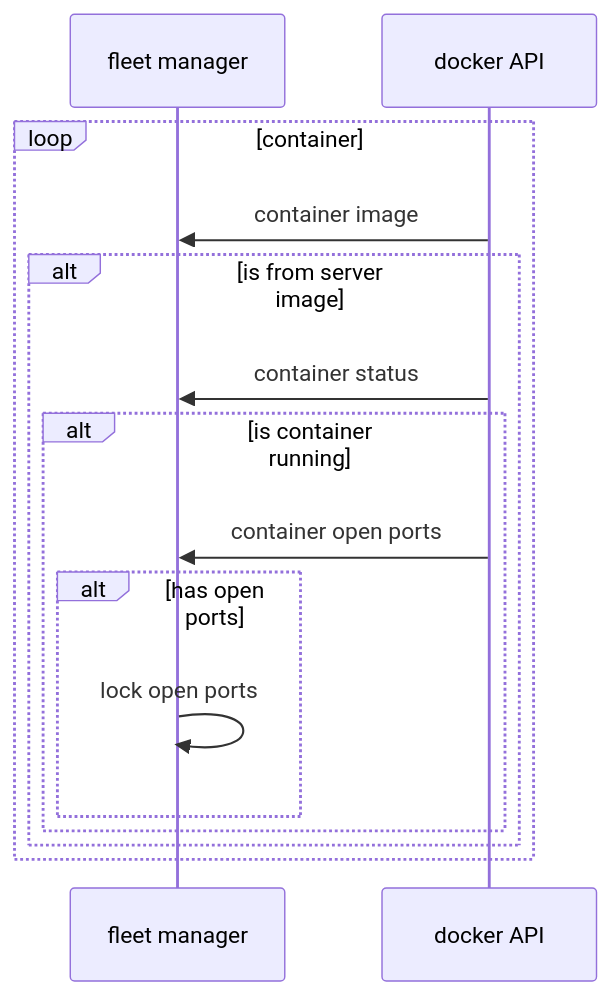
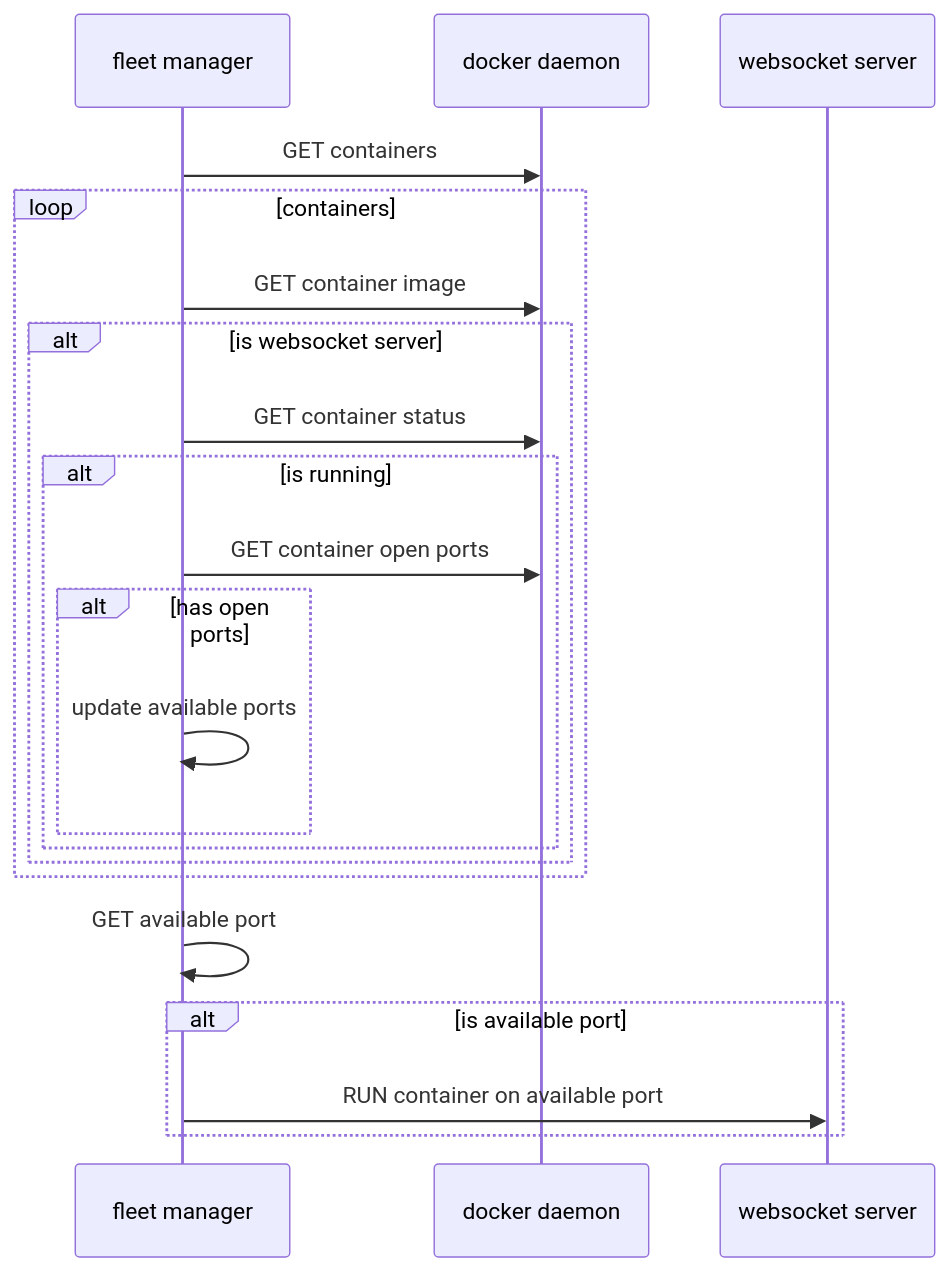
One commit to AdrKacz/super-duper-guacamole changed the seventh of 7 diagrams in README.md. Above: the diagram before and after it, drawn with Mermaid. The commit also changed other lines of this file, not shown here.

````diff
--- a/README.md
+++ b/README.md
@@ -181,17 +175,24 @@
 ```mermaid
 sequenceDiagram
-    participant FM as fleet manager
-    participant D as docker API
-    loop container
-        D ->> FM: container image
-        alt is from server image
-            D ->> FM: container status
-            alt is container running
-                D ->> FM: container open ports
+    participant f as fleet manager
+    participant dd as docker daemon
+    participant w as websocket server
+    f ->> dd: GET containers
+    loop containers
+        f ->> dd: GET container image
+        alt is websocket server
+            f ->> dd: GET container status
+            alt is running
+                f ->> dd: GET container open ports
                 alt has open ports
-                    FM ->> FM: lock open ports
+                    f ->> f: update available ports
                 end
             end
         end
     end
+
+    f ->> f: GET available port
+    alt is available port
+        f ->> w: RUN container on available port
+    end
 ```
````
